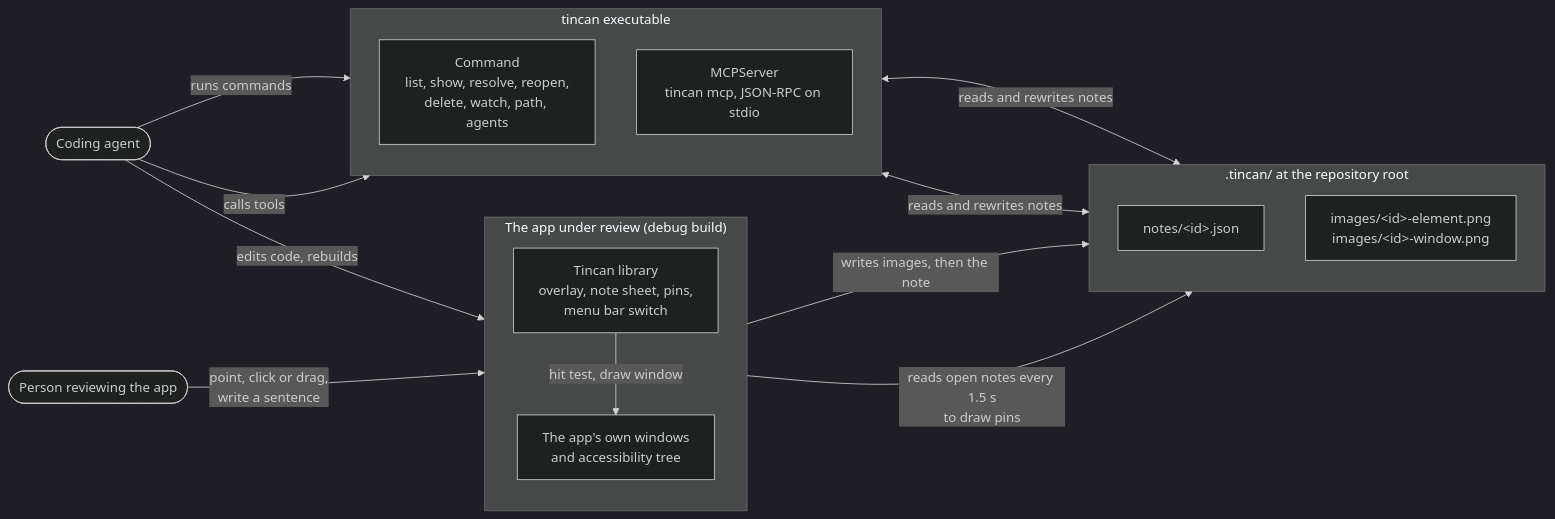
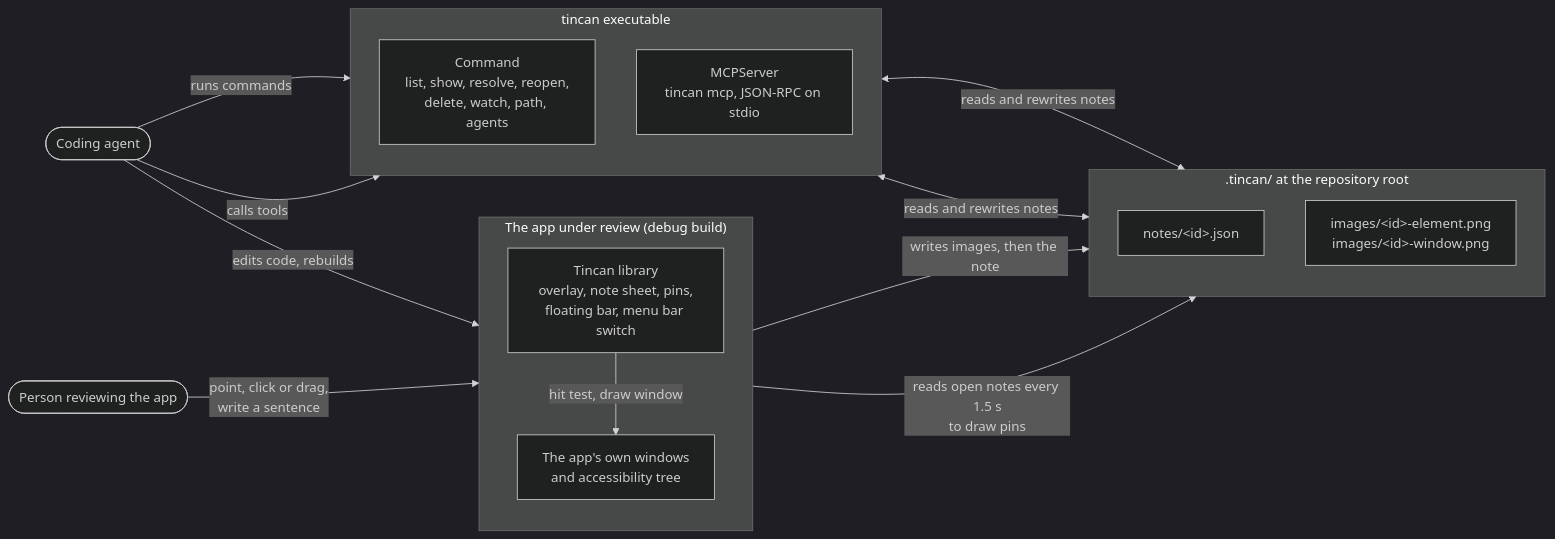
The first of 19 diagrams in docs/ARCHITECTURE.md (ordinarynerds/tincan), drawn with Mermaid (dark theme) before and after one commit. The commit also changed other lines of this file and 9 other files, not shown here.

First line of the commit message:
Add a floating bar, so review mode works without the keyboard

````diff
--- a/docs/ARCHITECTURE.md
+++ b/docs/ARCHITECTURE.md
@@ -26,33 +27,33 @@
 ```mermaid
 flowchart LR
     person(["Person reviewing the app"])
     agent(["Coding agent"])
 
     subgraph app["The app under review (debug build)"]
         direction TB
-        lib["Tincan library<br/>overlay, note sheet, pins,<br/>menu bar switch"]
+        lib["Tincan library<br/>overlay, note sheet, pins,<br/>floating bar, menu bar switch"]
         appcode["The app's own windows<br/>and accessibility tree"]
         lib -- "hit test, draw window" --> appcode
     end
 
     subgraph disk[".tincan/ at the repository root"]
         direction TB
         notes["notes/#lt;id#gt;.json"]
         images["images/#lt;id#gt;-element.png<br/>images/#lt;id#gt;-window.png"]
     end
 
     subgraph cli["tincan executable"]
         direction TB
         command["Command<br/>list, show, resolve, reopen,<br/>delete, watch, path, agents"]
         mcp["MCPServer<br/>tincan mcp, JSON-RPC on stdio"]
     end
 
     person -- "point, click or drag,<br/>write a sentence" --> lib
     lib -- "writes images, then the note" --> disk
     lib -- "reads open notes every 1.5 s<br/>to draw pins" --> disk
     command <-- "reads and rewrites notes" --> disk
     mcp <-- "reads and rewrites notes" --> disk
     agent -- "runs commands" --> command
     agent -- "calls tools" --> mcp
     agent -- "edits code, rebuilds" --> appcode
 ```
````
